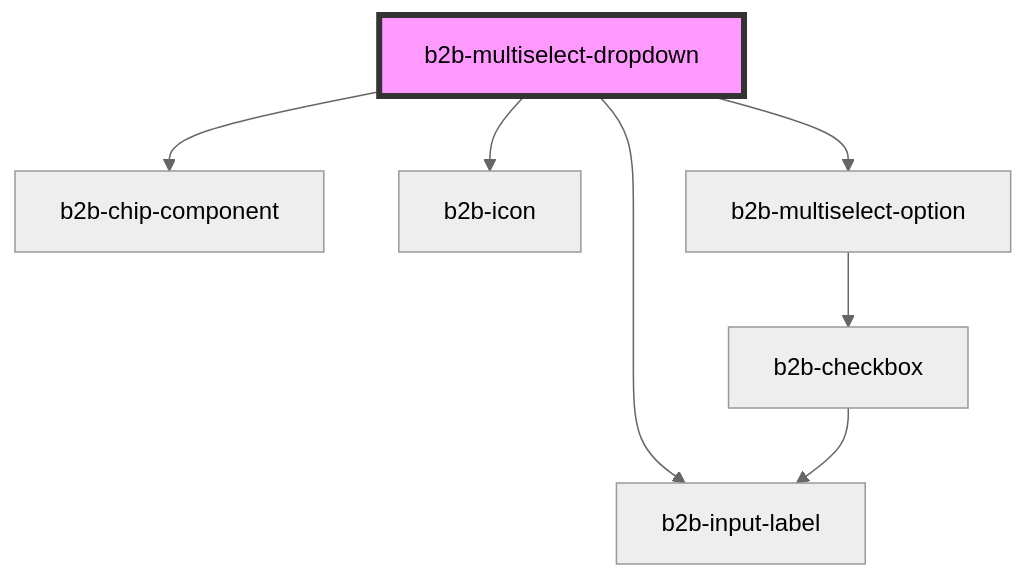
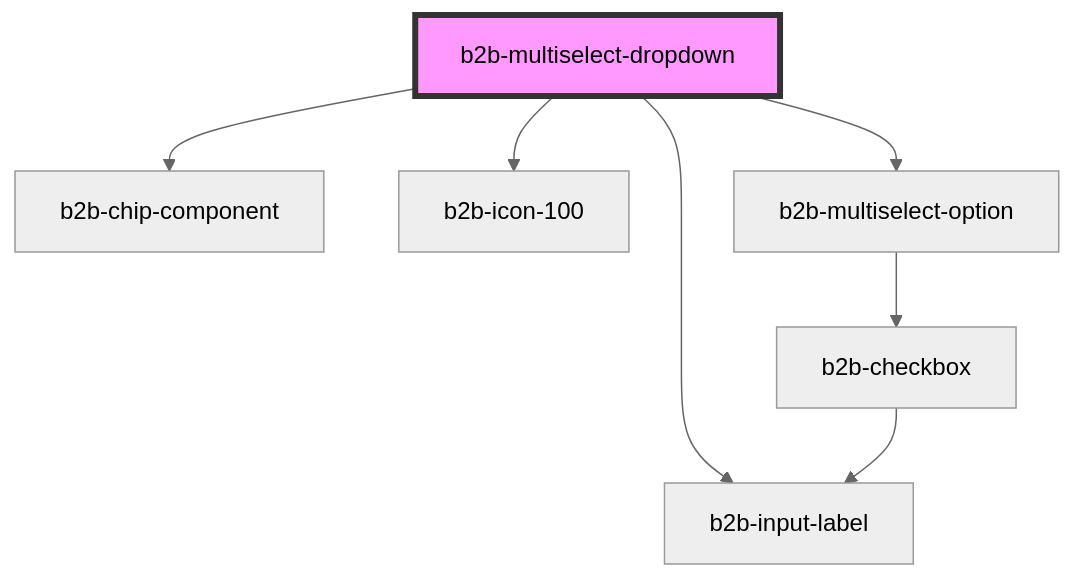
One commit to otto-de/b2b-design-system changed the diagram in packages/core-components/src/components/multiselect-dropdown/readme.md. Above: the diagram before and after it, drawn with Mermaid (neutral theme). The commit also changed other lines of this file and 41 other files, not shown here.

````diff
--- a/packages/core-components/src/components/multiselect-dropdown/readme.md
+++ b/packages/core-components/src/components/multiselect-dropdown/readme.md
@@ -38,10 +38,10 @@
 ```mermaid
 graph TD;
   b2b-multiselect-dropdown --> b2b-chip-component
   b2b-multiselect-dropdown --> b2b-input-label
-  b2b-multiselect-dropdown --> b2b-icon
+  b2b-multiselect-dropdown --> b2b-icon-100
   b2b-multiselect-dropdown --> b2b-multiselect-option
   b2b-multiselect-option --> b2b-checkbox
   b2b-checkbox --> b2b-input-label
   style b2b-multiselect-dropdown fill:#f9f,stroke:#333,stroke-width:4px
 ```
````
